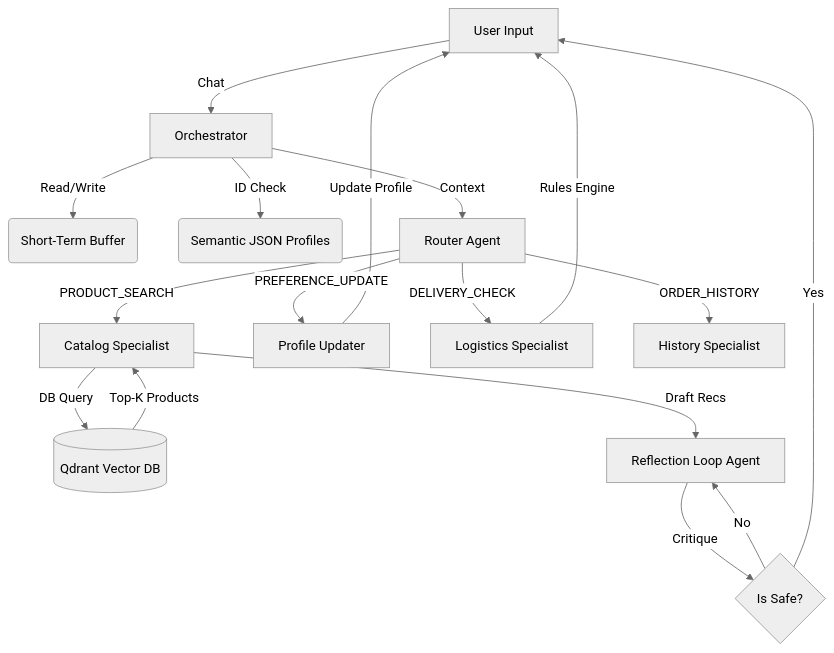
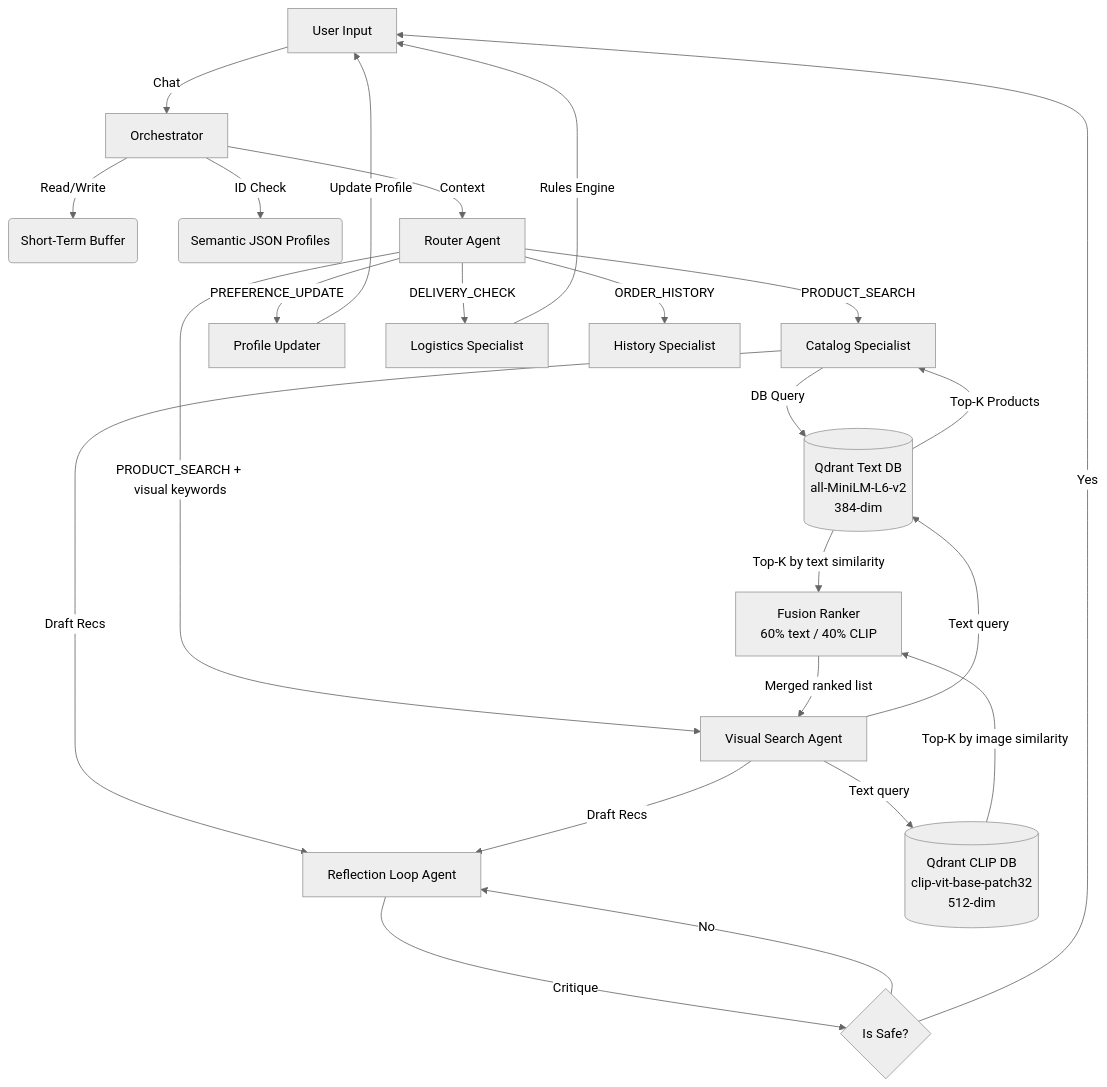
One commit to Isuruigi/kapruka-gift-concierge changed the diagram in report/Kapruka_Agent_Technical_Report.md. Above: the diagram before and after it, drawn with Mermaid (neutral theme). The commit also changed other lines of this file and 17 other files, not shown here.

````diff
--- a/report/Kapruka_Agent_Technical_Report.md
+++ b/report/Kapruka_Agent_Technical_Report.md
@@ -33,25 +35,33 @@
 ```mermaid
 graph TD;
     User[User Input] --> |Chat| Orchestrator[Orchestrator];
     
     Orchestrator --> |Read/Write| STMem(Short-Term Buffer);
     Orchestrator --> |ID Check| SMem(Semantic JSON Profiles);
     
     Orchestrator --> |Context| Router[Router Agent];
     
     Router --> |PRODUCT_SEARCH| Catalog[Catalog Specialist];
+    Router --> |PRODUCT_SEARCH + visual keywords| Visual[Visual Search Agent];
     Router --> |PREFERENCE_UPDATE| PMem[Profile Updater];
     Router --> |DELIVERY_CHECK| Logistics[Logistics Specialist];
     Router --> |ORDER_HISTORY| History[History Specialist];
     
-    Catalog --> |DB Query| Qdrant[(Qdrant Vector DB)];
+    Catalog --> |DB Query| Qdrant[(Qdrant Text DB\nall-MiniLM-L6-v2\n384-dim)];
     Qdrant --> |Top-K Products| Catalog;
     Catalog --> |Draft Recs| Reflection[Reflection Loop Agent];
+    
+    Visual --> |Text query| Qdrant;
+    Visual --> |Text query| QdrantCLIP[(Qdrant CLIP DB\nclip-vit-base-patch32\n512-dim)];
+    QdrantCLIP --> |Top-K by image similarity| Fusion[Fusion Ranker\n60% text / 40% CLIP];
+    Qdrant --> |Top-K by text similarity| Fusion;
+    Fusion --> |Merged ranked list| Visual;
+    Visual --> |Draft Recs| Reflection;
     
     Reflection --> |Critique| Safe{Is Safe?};
     Safe -- No --> Reflection;
     Safe -- Yes --> User;
     
     Logistics --> |Rules Engine| User;
     PMem --> |Update Profile| User;
 ```
````
